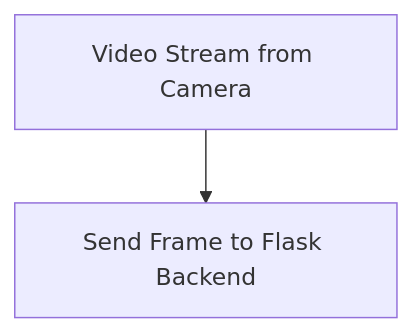
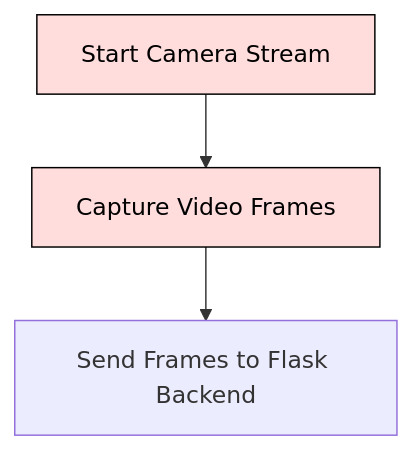
One commit to Tharun-selladurai/face_liveliness_web_platform changed the first of 6 diagrams in README.md. Above: the diagram before and after it, drawn with Mermaid. The commit also changed other lines of this file, not shown here.

````diff
--- a/README.md
+++ b/README.md
@@ -64,4 +67,9 @@
-   ```mermaid
-   graph TD;
-       A[Video Stream from Camera] --> B[Send Frame to Flask Backend];
-   ```
+```mermaid
+%%{init: {'theme': 'default', 'themeVariables': {'edgeLabelBackground':'#ffffff', 'tertiaryColor':'#ffffff'}}}%%
+graph TD;
+    A[Start Camera Stream] --> B[Capture Video Frames]
+    B --> C[Send Frames to Flask Backend]
+    
+    classDef capture fill:#ffdddd,stroke:#000000,color:#000000;
+    class A,B capture;
+```
````
